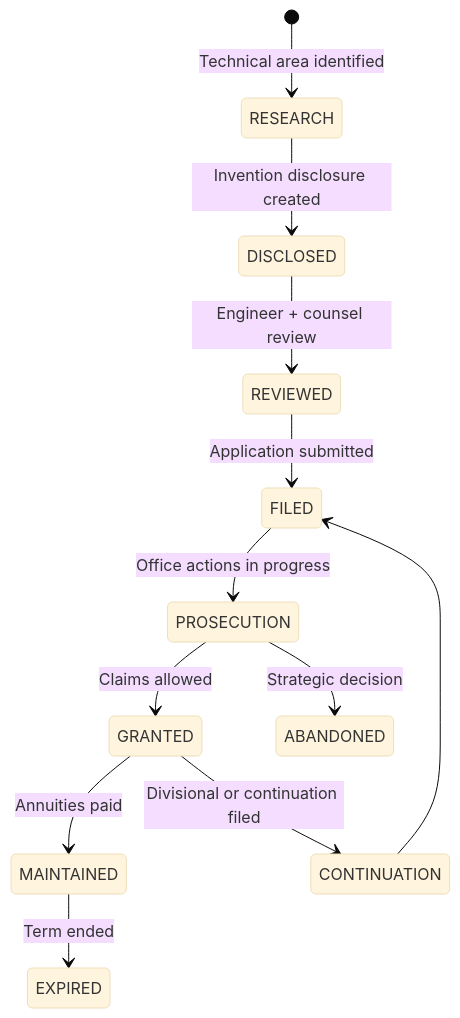
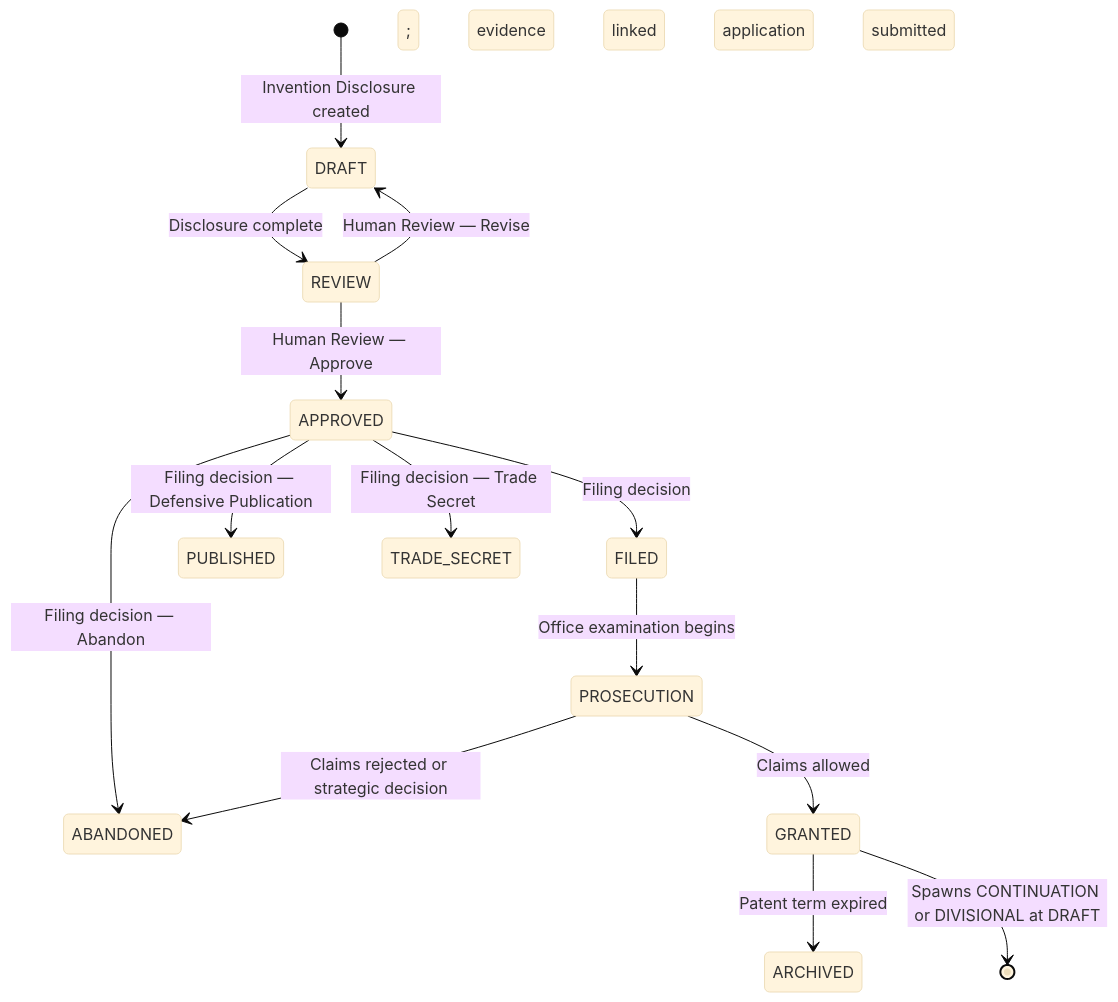
The third of 3 diagrams in .ai/intellectual-property/README.md (deckerd451/Agent-IDE), drawn with Mermaid (base theme) before and after one commit. The commit also changed other lines of this file and 1 other file, not shown here.

Commit message:
ip: stabilize glossary v1.1 — add date terms, reconcile lifecycle, fix README diagrams
- Add Inventive Date, Priority Date, Filing Date to glossary with shared
  relationship table (Inventive ≤ Priority ≤ Filing Date invariant)
- Reconcile Innovation Lifecycle to reference Filing Status as canonical
  state machine; replace competing stage definitions with a mapping table
- Add Mermaid stateDiagram-v2, full transition table, and terminal states
  to Filing Status entry
- Fix README Patent Family Lifecycle diagram: replace non-canonical states
  (RESEARCH, DISCLOSED, REVIEWED, MAINTAINED, EXPIRED, CONTINUATION) with
  canonical Filing Status values
- Fix README Invention Discovery workflow: update terminal node from
  non-canonical "Status: DISCLOSED" to "Filing Status: REVIEW"
- Add Patch Summary section documenting all v1.1 changes and remaining debt
- Update Consistency Audit to reflect README diagrams are now resolved

Claude-Session: https://claude.ai/code/session_013Gmdhd7GJzjZCqF3J1vBrC

````diff
--- a/.ai/intellectual-property/README.md
+++ b/.ai/intellectual-property/README.md
@@ -165,14 +168,16 @@
 ```mermaid
 stateDiagram-v2
-    [*] --> RESEARCH : Technical area identified
-    RESEARCH --> DISCLOSED : Invention disclosure created
-    DISCLOSED --> REVIEWED : Engineer + counsel review
-    REVIEWED --> FILED : Application submitted
-    FILED --> PROSECUTION : Office actions in progress
+    [*] --> DRAFT : Invention Disclosure created
+    DRAFT --> REVIEW : Disclosure complete; evidence linked
+    REVIEW --> DRAFT : Human Review — Revise
+    REVIEW --> APPROVED : Human Review — Approve
+    APPROVED --> FILED : Filing decision; application submitted
+    APPROVED --> PUBLISHED : Filing decision — Defensive Publication
+    APPROVED --> ABANDONED : Filing decision — Abandon
+    APPROVED --> TRADE_SECRET : Filing decision — Trade Secret
+    FILED --> PROSECUTION : Office examination begins
     PROSECUTION --> GRANTED : Claims allowed
-    PROSECUTION --> ABANDONED : Strategic decision
-    GRANTED --> MAINTAINED : Annuities paid
-    MAINTAINED --> EXPIRED : Term ended
-    GRANTED --> CONTINUATION : Divisional or continuation filed
-    CONTINUATION --> FILED
+    PROSECUTION --> ABANDONED : Claims rejected or strategic decision
+    GRANTED --> ARCHIVED : Patent term expired
+    GRANTED --> [*] : Spawns CONTINUATION or DIVISIONAL at DRAFT
 ```
````
